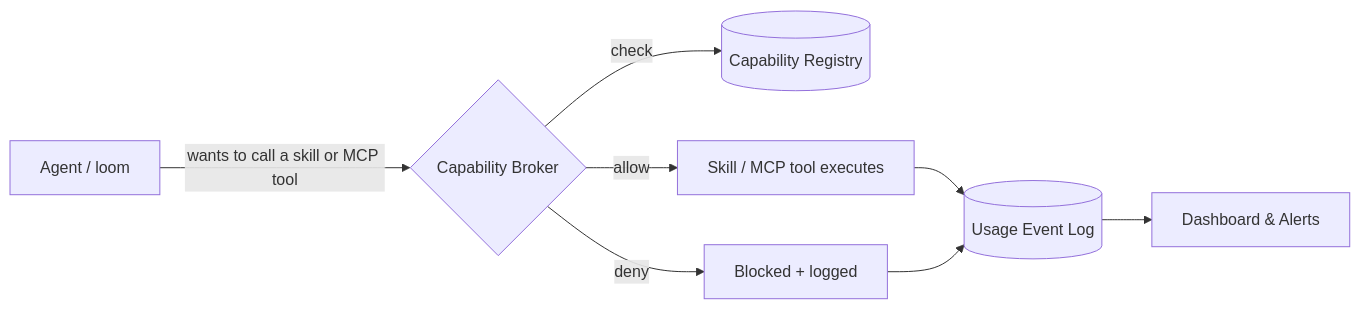
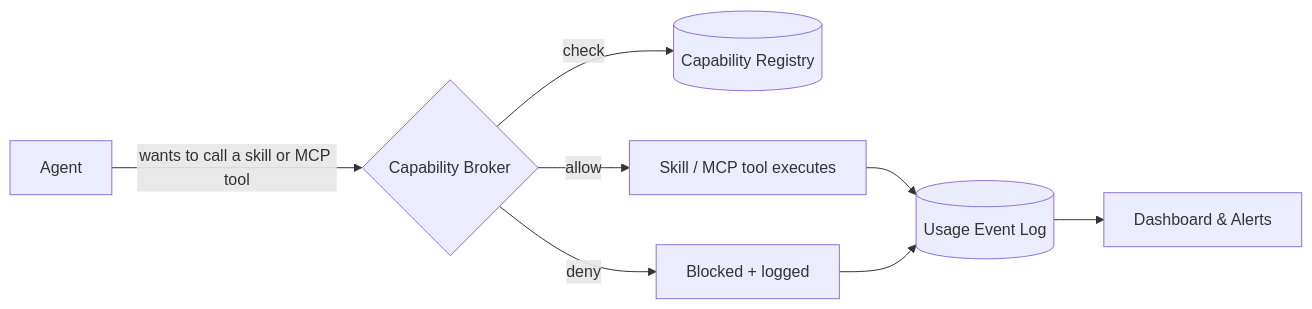
Before and after one commit to ejbrahms/Windrow: the first of 3 diagrams in docs/design/skill-mcp-governance.md, drawn with Mermaid. The commit also changed other lines of this file and 39 other files, not shown here.

````diff
--- a/docs/design/skill-mcp-governance.md
+++ b/docs/design/skill-mcp-governance.md
@@ -9,10 +9,10 @@
 ```mermaid
 flowchart LR
-  Agent[Agent / loom] -->|wants to call a skill or MCP tool| Broker{Capability Broker}
+  Agent[Agent] -->|wants to call a skill or MCP tool| Broker{Capability Broker}
   Broker -->|check| Registry[(Capability Registry)]
   Broker -->|allow| Tool[Skill / MCP tool executes]
   Broker -->|deny| Blocked[Blocked + logged]
   Tool --> Events[(Usage Event Log)]
   Blocked --> Events
   Events --> Dash[Dashboard & Alerts]
 ```
````
